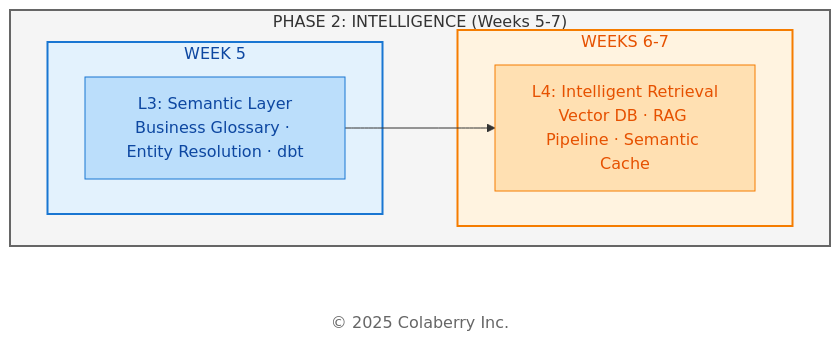
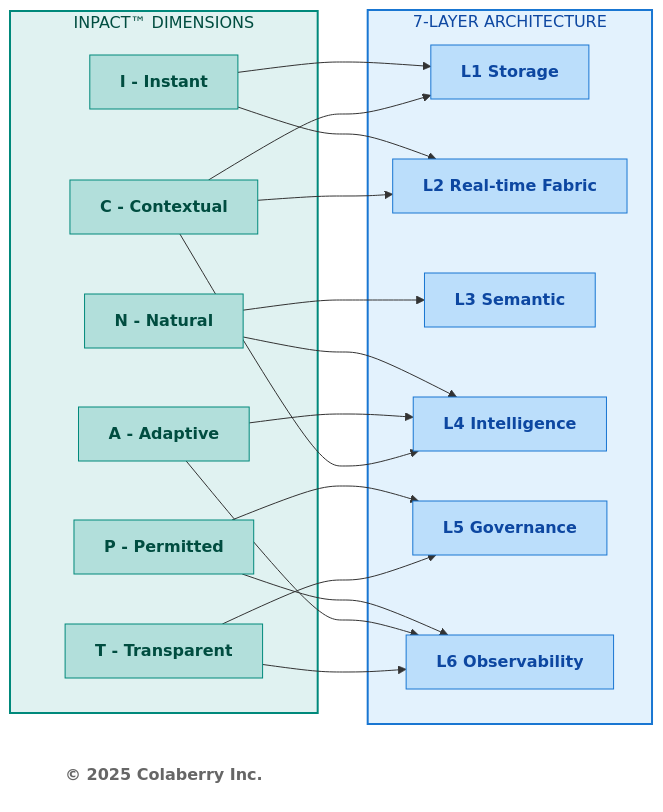
Before and after one commit to saitejesh-cyber/trust-before-intelligence-book: the fourth of 6 diagrams in manuscript/11_chapter_10_week_by_week_implementation.md, drawn with Mermaid. The commit also changed other lines of this file and 2 other files, not shown here.

````diff
--- a/manuscript/11_chapter_10_week_by_week_implementation.md
+++ b/manuscript/11_chapter_10_week_by_week_implementation.md
@@ -255,26 +249,52 @@
 ```mermaid
-
 graph LR
-    subgraph PHASE2["PHASE 2: INTELLIGENCE (Weeks 5-7)"]
-        direction LR
-        subgraph WEEK5["WEEK 5"]
-            L3["L3: Semantic Layer<br/>Business Glossary · Entity Resolution · dbt"]
-        end
-        
-        subgraph WEEK67["WEEKS 6-7"]
-            L4["L4: Intelligent Retrieval<br/>Vector DB · RAG Pipeline · Semantic Cache"]
-        end
+    subgraph INPACT["INPACT™ DIMENSIONS"]
+        I["<b>I - Instant</b>"]
+        N["<b>N - Natural</b>"]
+        P["<b>P - Permitted</b>"]
+        A["<b>A - Adaptive</b>"]
+        C["<b>C - Contextual</b>"]
+        T["<b>T - Transparent</b>"]
     end
     
-    Copyright["© 2025 Colaberry Inc."]
+    subgraph LAYERS["7-LAYER ARCHITECTURE"]
+        L1["<b>L1 Storage</b>"]
+        L2["<b>L2 Real-time Fabric</b>"]
+        L3["<b>L3 Semantic</b>"]
+        L4["<b>L4 Intelligence</b>"]
+        L5["<b>L5 Governance</b>"]
+        L6["<b>L6 Observability</b>"]
+    end
     
-    L3 --> L4
+    I --> L1
+    I --> L2
+    N --> L3
+    N --> L4
+    P --> L5
+    P --> L6
+    A --> L4
+    A --> L6
+    C --> L1
+    C --> L2
+    C --> L4
+    T --> L5
+    T --> L6
     
-    style PHASE2 fill:#f5f5f5,stroke:#666666,stroke-width:2px,color:#333333
-    style WEEK5 fill:#e3f2fd,stroke:#1976d2,stroke-width:2px,color:#0d47a1
-    style WEEK67 fill:#fff3e0,stroke:#f57c00,stroke-width:2px,color:#e65100
+    Copyright["<b>© 2025 Colaberry Inc.</b>"]
+    
+    style INPACT fill:#e0f2f1,stroke:#00897b,stroke-width:2px,color:#004d40
+    style LAYERS fill:#e3f2fd,stroke:#1976d2,stroke-width:2px,color:#0d47a1
+    style I fill:#b2dfdb,stroke:#00897b,color:#004d40
+    style N fill:#b2dfdb,stroke:#00897b,color:#004d40
+    style P fill:#b2dfdb,stroke:#00897b,color:#004d40
+    style A fill:#b2dfdb,stroke:#00897b,color:#004d40
+    style C fill:#b2dfdb,stroke:#00897b,color:#004d40
+    style T fill:#b2dfdb,stroke:#00897b,color:#004d40
+    style L1 fill:#bbdefb,stroke:#1976d2,color:#0d47a1
+    style L2 fill:#bbdefb,stroke:#1976d2,color:#0d47a1
     style L3 fill:#bbdefb,stroke:#1976d2,color:#0d47a1
-    style L4 fill:#ffe0b2,stroke:#f57c00,color:#e65100
+    style L4 fill:#bbdefb,stroke:#1976d2,color:#0d47a1
+    style L5 fill:#bbdefb,stroke:#1976d2,color:#0d47a1
+    style L6 fill:#bbdefb,stroke:#1976d2,color:#0d47a1
     style Copyright fill:#ffffff,stroke:none,color:#666666
-
 ```
````
